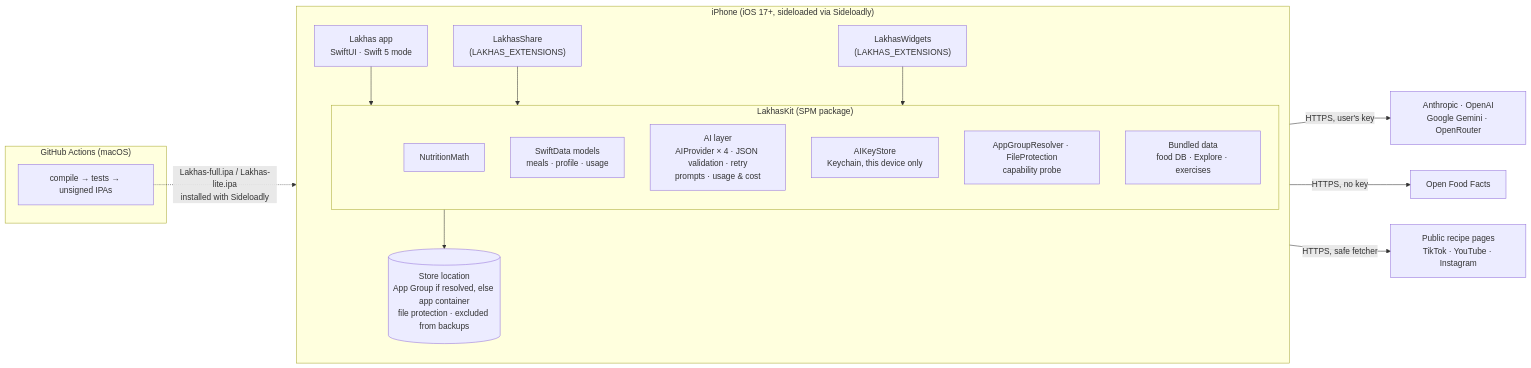
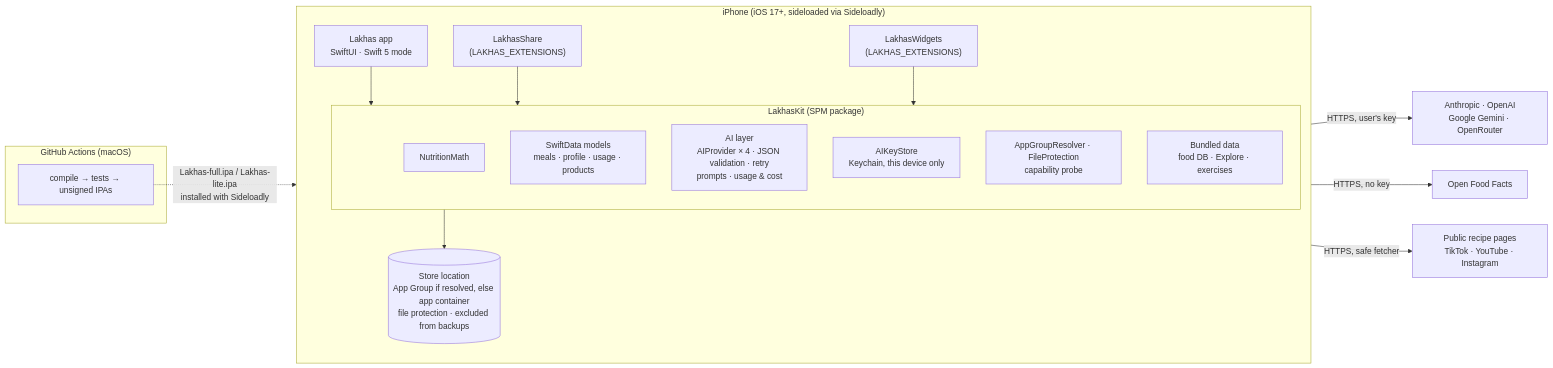
The diagram in docs/architecture.md (KhaledZaki1919/lakhas), drawn with Mermaid before and after one commit. The commit also changed other lines of this file and 3 other files, not shown here.

Commit message:
Docs: ADR-022 (barcode), architecture barcode flow, phases 4–6 marked done, CLAUDE.md UI-test flags

````diff
--- a/docs/architecture.md
+++ b/docs/architecture.md
@@ -11,31 +11,31 @@
 ```mermaid
 flowchart LR
   subgraph Device["iPhone (iOS 17+, sideloaded via Sideloadly)"]
     direction TB
     App["Lakhas app<br/>SwiftUI · Swift 5 mode"]
     Share["LakhasShare<br/>(LAKHAS_EXTENSIONS)"]
     Widgets["LakhasWidgets<br/>(LAKHAS_EXTENSIONS)"]
     subgraph Kit["LakhasKit (SPM package)"]
       NM["NutritionMath"]
-      Models["SwiftData models<br/>meals · profile · usage"]
+      Models["SwiftData models<br/>meals · profile · usage · products"]
       AI["AI layer<br/>AIProvider × 4 · JSON validation · retry<br/>prompts · usage & cost"]
       Keys["AIKeyStore<br/>Keychain, this device only"]
       Env["AppGroupResolver · FileProtection<br/>capability probe"]
       Data["Bundled data<br/>food DB · Explore · exercises"]
     end
     Store[("Store location<br/>App Group if resolved, else app container<br/>file protection · excluded from backups")]
     App --> Kit
     Share --> Kit
     Widgets --> Kit
     Kit --> Store
   end
 
   subgraph CI["GitHub Actions (macOS)"]
     Build["compile → tests → unsigned IPAs"]
   end
   Build -. "Lakhas-full.ipa / Lakhas-lite.ipa<br/>installed with Sideloadly" .-> Device
 
   AI -- "HTTPS, user's key" --> Providers["Anthropic · OpenAI<br/>Google Gemini · OpenRouter"]
   App -- "HTTPS, no key" --> OFF["Open Food Facts"]
   App -- "HTTPS, safe fetcher" --> Pages["Public recipe pages<br/>TikTok · YouTube · Instagram"]
 ```
````
